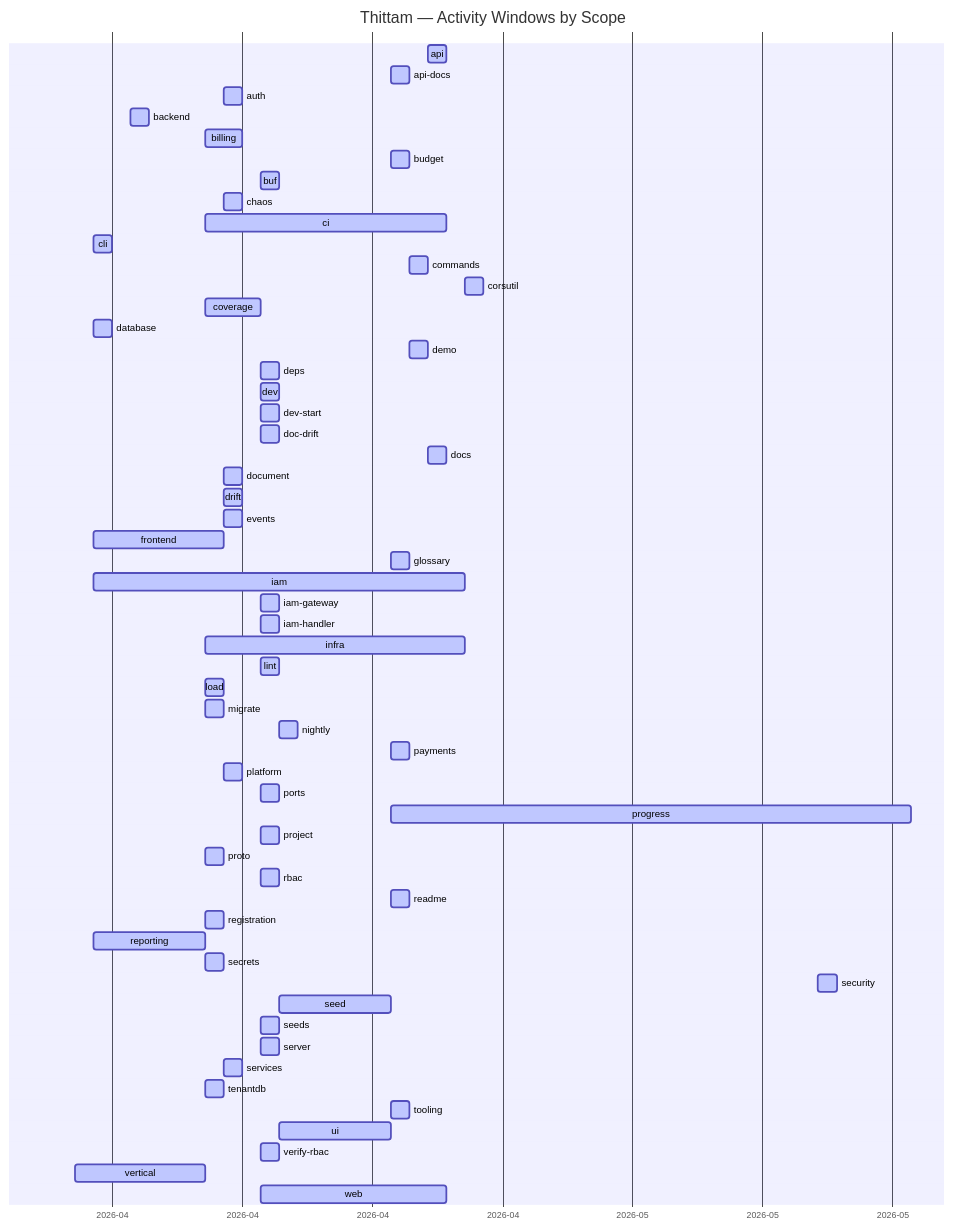
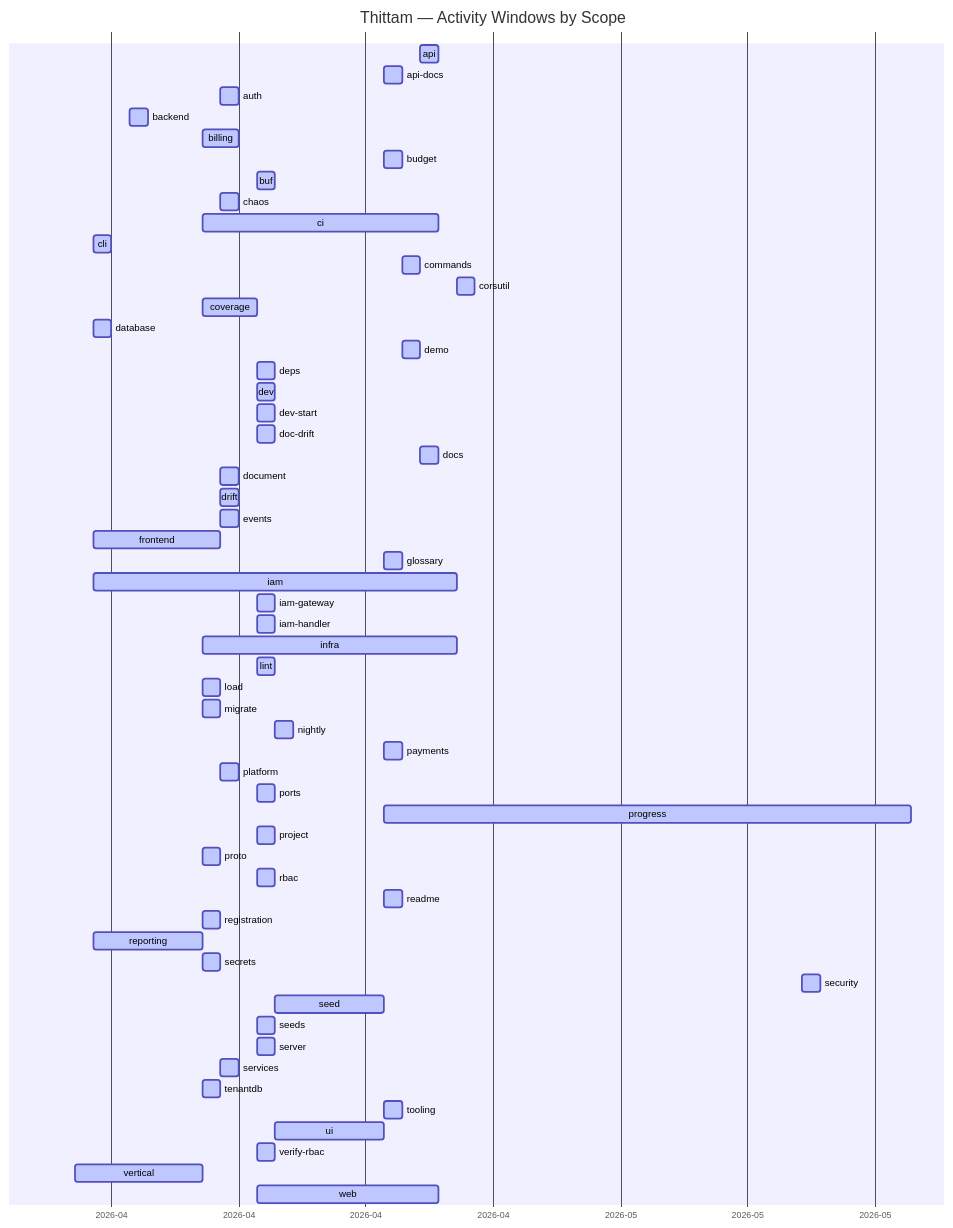
The diagram in docs/PROGRESS.md (wegofwd2020-hub/thittam), drawn with Mermaid before and after one commit. The commit also changed other lines of this file and 1 other file, not shown here.

Commit message:
chore(progress): nightly update of docs/PROGRESS.md + CSVs

````diff
--- a/docs/PROGRESS.md
+++ b/docs/PROGRESS.md
@@ -9,61 +9,61 @@
 ```mermaid
 gantt
     title Thittam — Activity Windows by Scope
     dateFormat YYYY-MM-DD
     axisFormat %Y-%m
     api                :active, s_api, 2026-04-22, 2026-04-23
     api-docs           :active, s_api_docs, 2026-04-20, 2026-04-21
     auth               :active, s_auth, 2026-04-11, 2026-04-12
     backend            :active, s_backend, 2026-04-06, 2026-04-07
     billing            :active, s_billing, 2026-04-10, 2026-04-12
     budget             :active, s_budget, 2026-04-20, 2026-04-21
     buf                :active, s_buf, 2026-04-13, 2026-04-14
     chaos              :active, s_chaos, 2026-04-11, 2026-04-12
     ci                 :active, s_ci, 2026-04-10, 2026-04-23
     cli                :active, s_cli, 2026-04-04, 2026-04-05
     commands           :active, s_commands, 2026-04-21, 2026-04-22
     corsutil           :active, s_corsutil, 2026-04-24, 2026-04-25
     coverage           :active, s_coverage, 2026-04-10, 2026-04-13
     database           :active, s_database, 2026-04-04, 2026-04-05
     demo               :active, s_demo, 2026-04-21, 2026-04-22
     deps               :active, s_deps, 2026-04-13, 2026-04-14
     dev                :active, s_dev, 2026-04-13, 2026-04-14
     dev-start          :active, s_dev_start, 2026-04-13, 2026-04-14
     doc-drift          :active, s_doc_drift, 2026-04-13, 2026-04-14
     docs               :active, s_docs, 2026-04-22, 2026-04-23
     document           :active, s_document, 2026-04-11, 2026-04-12
     drift              :active, s_drift, 2026-04-11, 2026-04-12
     events             :active, s_events, 2026-04-11, 2026-04-12
     frontend           :active, s_frontend, 2026-04-04, 2026-04-11
     glossary           :active, s_glossary, 2026-04-20, 2026-04-21
     iam                :active, s_iam, 2026-04-04, 2026-04-24
     iam-gateway        :active, s_iam_gateway, 2026-04-13, 2026-04-14
     iam-handler        :active, s_iam_handler, 2026-04-13, 2026-04-14
     infra              :active, s_infra, 2026-04-10, 2026-04-24
     lint               :active, s_lint, 2026-04-13, 2026-04-14
     load               :active, s_load, 2026-04-10, 2026-04-11
     migrate            :active, s_migrate, 2026-04-10, 2026-04-11
     nightly            :active, s_nightly, 2026-04-14, 2026-04-15
     payments           :active, s_payments, 2026-04-20, 2026-04-21
     platform           :active, s_platform, 2026-04-11, 2026-04-12
     ports              :active, s_ports, 2026-04-13, 2026-04-14
-    progress           :active, s_progress, 2026-04-20, 2026-05-18
+    progress           :active, s_progress, 2026-04-20, 2026-05-19
     project            :active, s_project, 2026-04-13, 2026-04-14
     proto              :active, s_proto, 2026-04-10, 2026-04-11
     rbac               :active, s_rbac, 2026-04-13, 2026-04-14
     readme             :active, s_readme, 2026-04-20, 2026-04-21
     registration       :active, s_registration, 2026-04-10, 2026-04-11
     reporting          :active, s_reporting, 2026-04-04, 2026-04-10
     secrets            :active, s_secrets, 2026-04-10, 2026-04-11
     security           :active, s_security, 2026-05-13, 2026-05-14
     seed               :active, s_seed, 2026-04-14, 2026-04-20
     seeds              :active, s_seeds, 2026-04-13, 2026-04-14
     server             :active, s_server, 2026-04-13, 2026-04-14
     services           :active, s_services, 2026-04-11, 2026-04-12
     tenantdb           :active, s_tenantdb, 2026-04-10, 2026-04-11
     tooling            :active, s_tooling, 2026-04-20, 2026-04-21
     ui                 :active, s_ui, 2026-04-14, 2026-04-20
     verify-rbac        :active, s_verify_rbac, 2026-04-13, 2026-04-14
     vertical           :active, s_vertical, 2026-04-03, 2026-04-10
     web                :active, s_web, 2026-04-13, 2026-04-23
 ```
````
